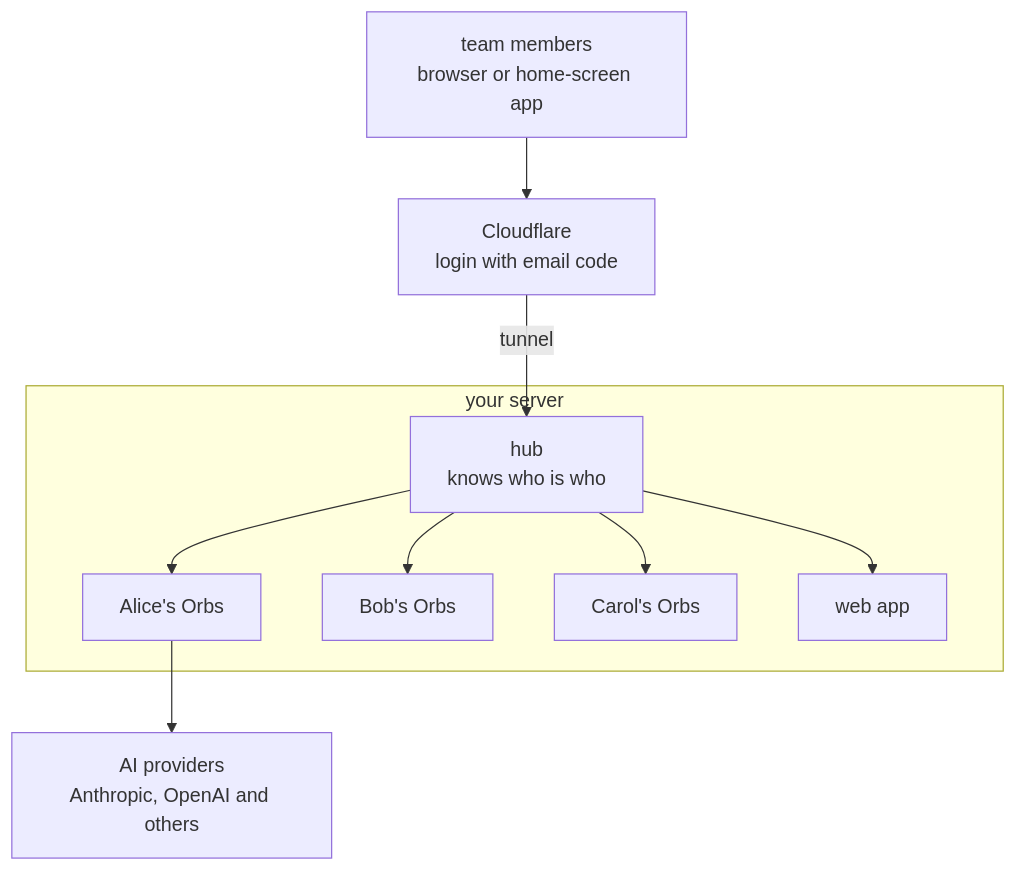
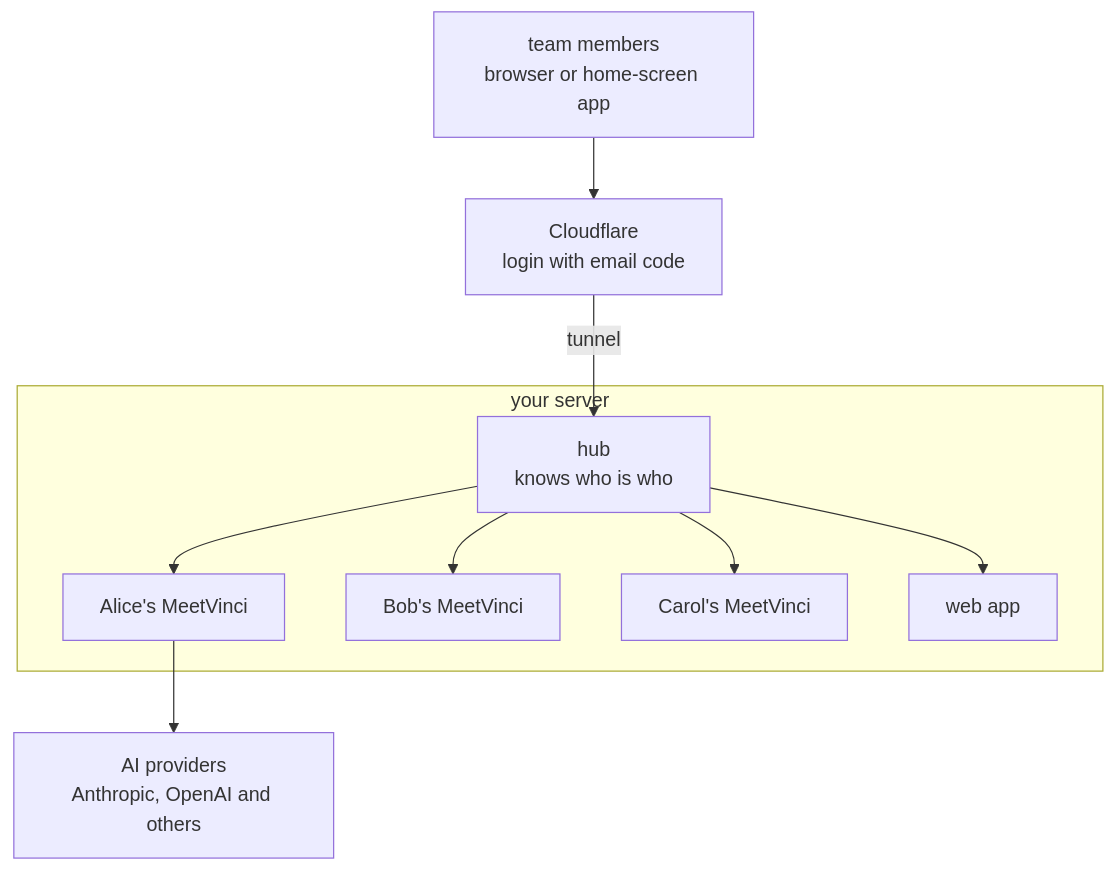
Before and after one commit to meetvinci/vinci: the diagram in docs/team-workspace/README.md, drawn with Mermaid. The commit also changed other lines of this file and 63 other files, not shown here.

First line of the commit message:
Rename the product from Orbs to MeetVinci everywhere, proven by a fresh install under the new names

````diff
--- a/docs/team-workspace/README.md
+++ b/docs/team-workspace/README.md
@@ -20,12 +20,12 @@
 ```mermaid
 flowchart TB
   People["team members<br/>browser or home-screen app"] --> Cloudflare["Cloudflare<br/>login with email code"]
   Cloudflare -->|"tunnel"| Hub
   subgraph Server["your server"]
-    Hub["hub<br/>knows who is who"] --> A["Alice's Orbs"]
-    Hub --> B["Bob's Orbs"]
-    Hub --> C["Carol's Orbs"]
+    Hub["hub<br/>knows who is who"] --> A["Alice's MeetVinci"]
+    Hub --> B["Bob's MeetVinci"]
+    Hub --> C["Carol's MeetVinci"]
     Hub --> Web["web app"]
   end
   A --> Models["AI providers<br/>Anthropic, OpenAI and others"]
 ```
````
